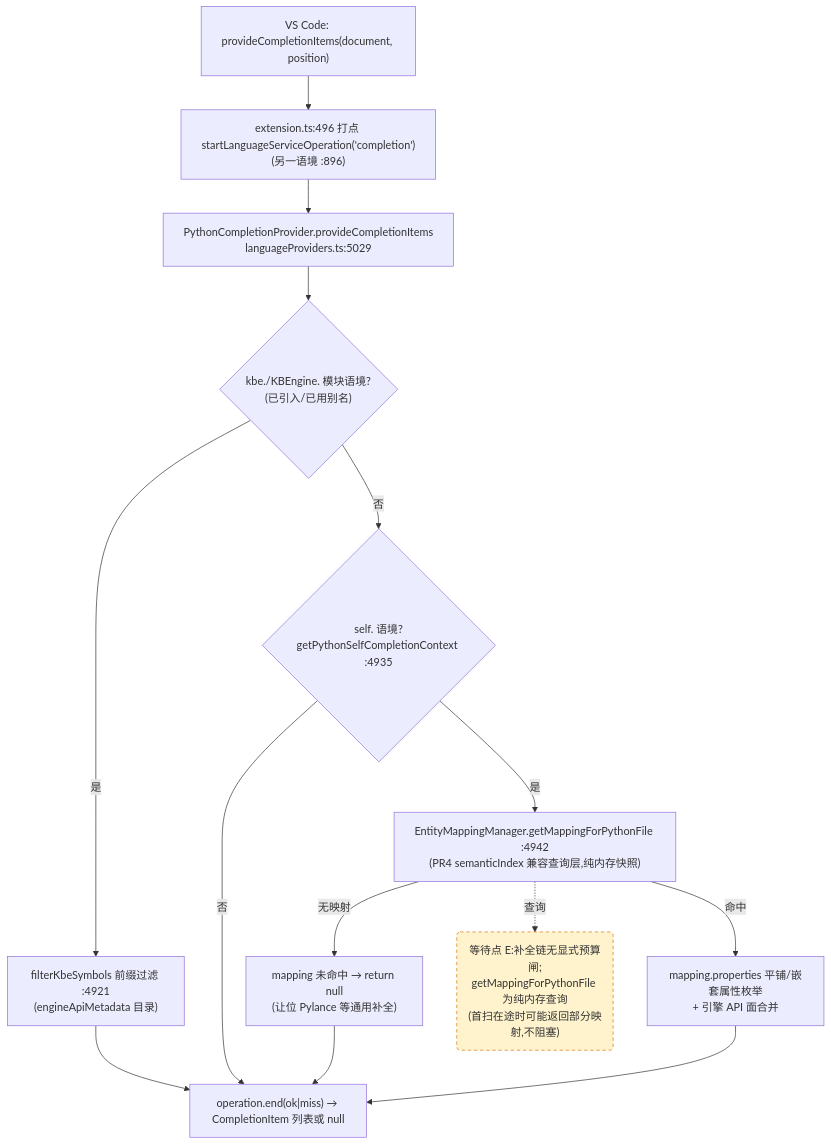
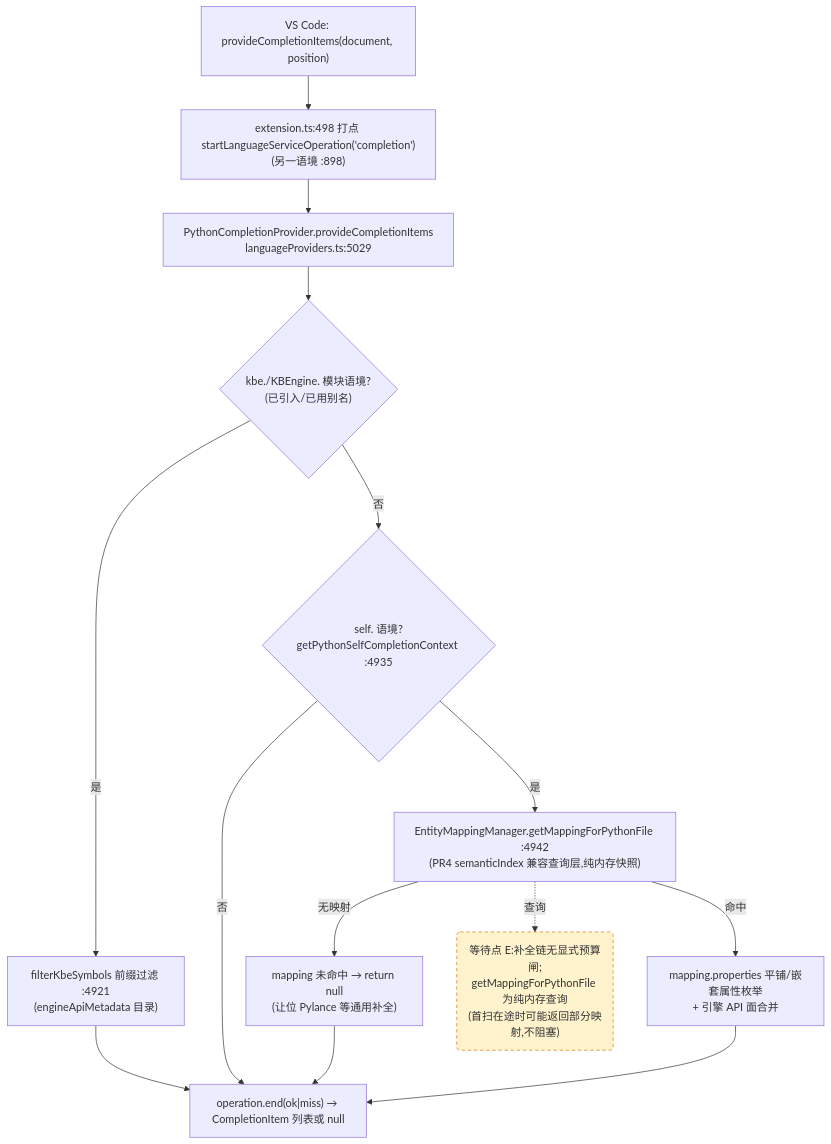
One commit to cuihairu/kode changed the third of 4 diagrams in docs/perf/2026-baseline.md. Above: the diagram before and after it, drawn with Mermaid. The commit also changed other lines of this file and 6 other files, not shown here.

````diff
--- a/docs/perf/2026-baseline.md
+++ b/docs/perf/2026-baseline.md
@@ -184,27 +184,27 @@
 ```mermaid
 flowchart TD
   VC3["VS Code: provideCompletionItems(document, position)"]
-  M3["extension.ts:496 打点 startLanguageServiceOperation('completion')<br/>(另一语境 :896)"]
+  M3["extension.ts:498 打点 startLanguageServiceOperation('completion')<br/>(另一语境 :898)"]
   CP["PythonCompletionProvider.provideCompletionItems<br/>languageProviders.ts:5029"]
   KBEC{"kbe./KBEngine. 模块语境?<br/>(已引入/已用别名)"}
   FILTER["filterKbeSymbols 前缀过滤 :4921<br/>(engineApiMetadata 目录)"]
   SELFC{"self. 语境?<br/>getPythonSelfCompletionContext :4935"}
   MAP["EntityMappingManager.getMappingForPythonFile :4942<br/>(PR4 semanticIndex 兼容查询层,纯内存快照)"]
   NOMAP["mapping 未命中 → return null<br/>(让位 Pylance 等通用补全)"]
   PROPS["mapping.properties 平铺/嵌套属性枚举<br/>+ 引擎 API 面合并"]
   END3["operation.end(ok|miss) → CompletionItem 列表或 null"]
 
   VC3 --> M3 --> CP --> KBEC
   KBEC -- "是" --> FILTER --> END3
   KBEC -- "否" --> SELFC
   SELFC -- "否" --> END3
   SELFC -- "是" --> MAP
   MAP -- "无映射" --> NOMAP --> END3
   MAP -- "命中" --> PROPS --> END3
 
   WAITE("等待点 E:补全链无显式预算闸;<br/>getMappingForPythonFile 为纯内存查询<br/>(首扫在途时可能返回部分映射,不阻塞)")
   MAP -.->|查询| WAITE
 
   classDef waitPoint fill:#fff3cd,stroke:#d97706,stroke-dasharray:5 4;
   class WAITE waitPoint;
 ```
````
